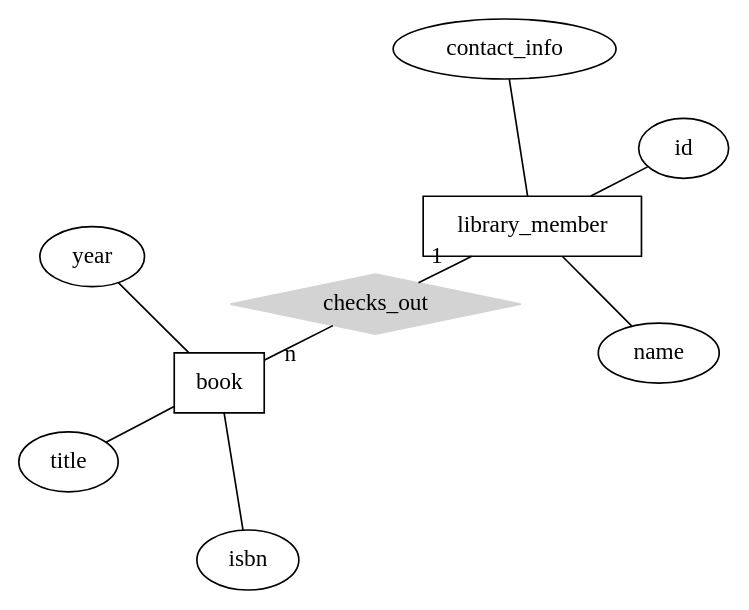
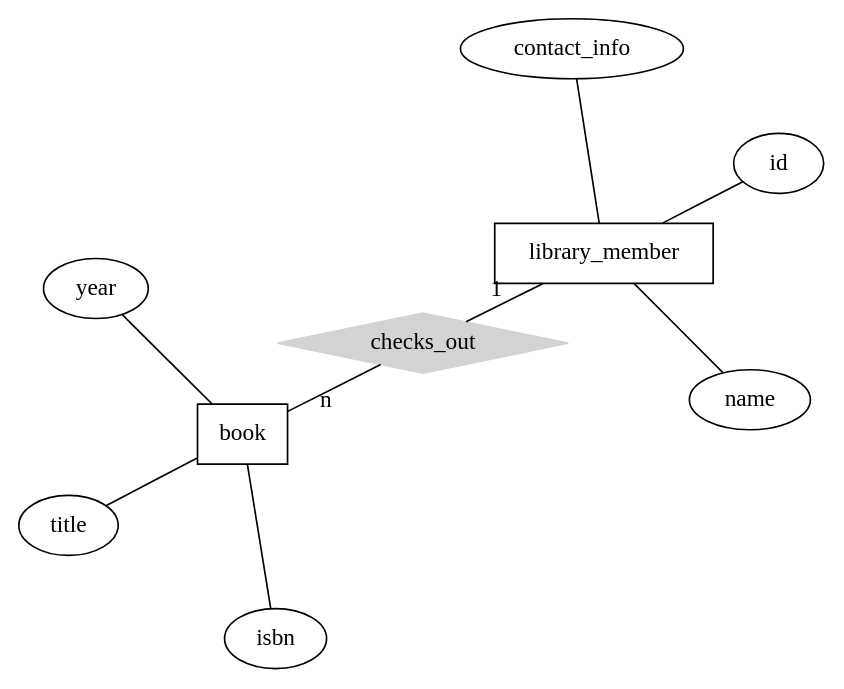
The first of 2 diagrams in hw2/README.qmd (cmsc-vcu/cmsc508-fa2023-hw2-camslam13), drawn with Graphviz before and after one commit. The commit also changed 1 other file, not shown here.

Commit message:
my first commit to this repo

````diff
--- a/hw2/README.qmd
+++ b/hw2/README.qmd
@@ -21,20 +21,20 @@
 ```{dot}
 //| echo: false
 graph ER {
     layout=neato;
-  scale=1.3;
+  scale=1.5;
     node [shape=box]; book; library_member;
     node [shape=ellipse]; name, contact_info, id, year, title, isbn
     node [shape=diamond,style=filled,color=lightgrey]; checks_out
     
     library_member -- checks_out [label="1",len=1.00]
     checks_out -- book [label="n",len=1.00]
     
     library_member -- id
     library_member -- name
     library_member -- contact_info
     book -- year
     book -- title
     book -- isbn
 }
 ```
````
